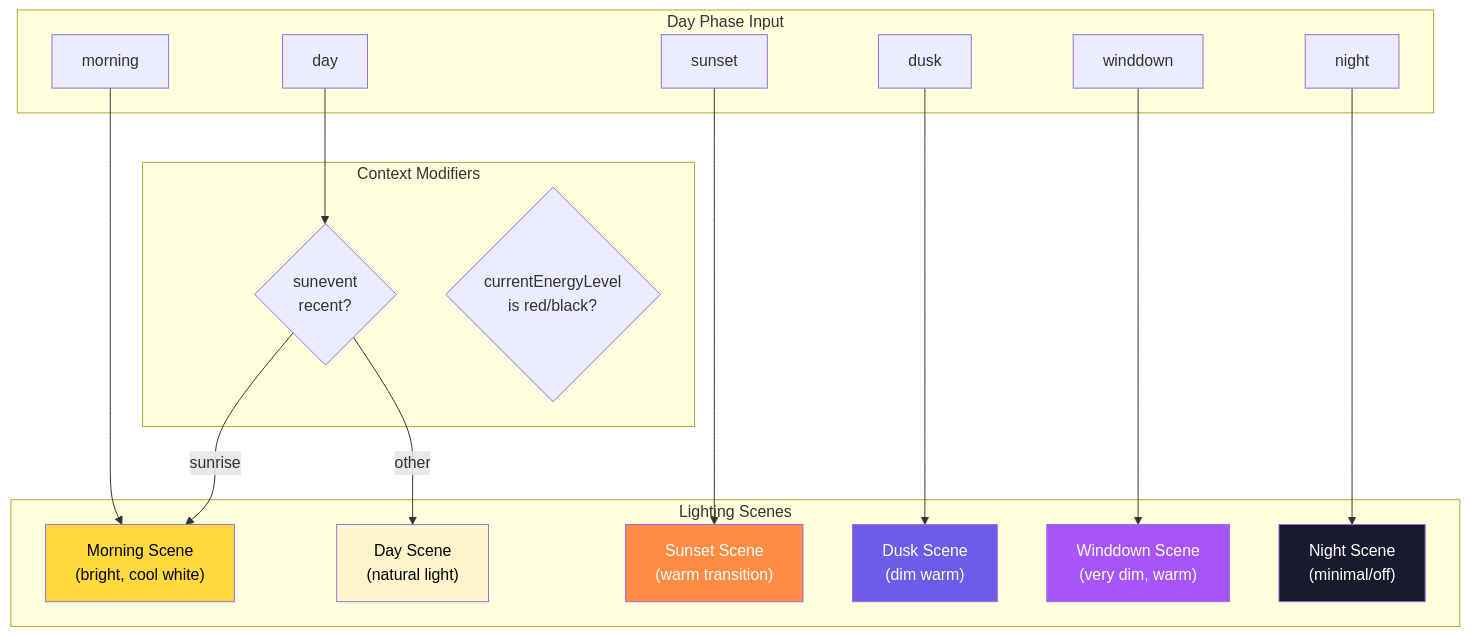
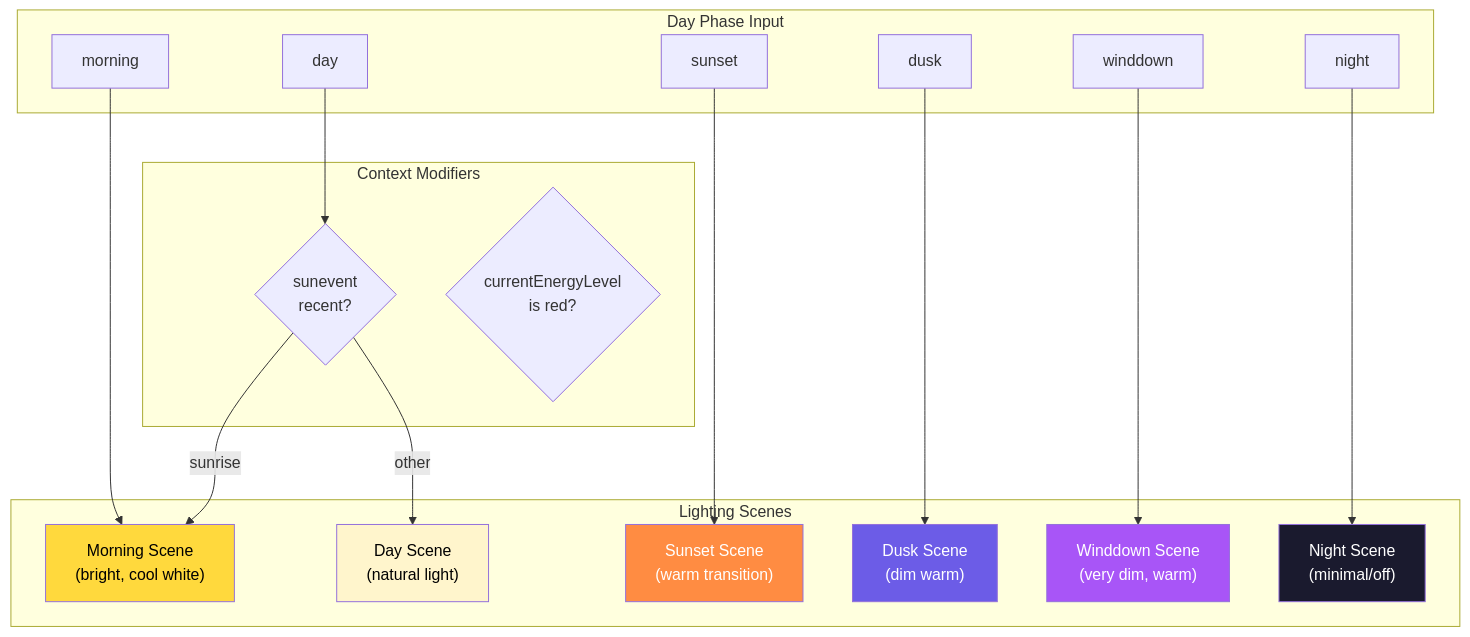
One commit to NickBorgers/home-automation changed the second of 7 diagrams in docs/flows/LIGHTING_CONTROL.md. Above: the diagram before and after it, drawn with Mermaid. The commit also changed 14 other files, not shown here.

````diff
--- a/docs/flows/LIGHTING_CONTROL.md
+++ b/docs/flows/LIGHTING_CONTROL.md
@@ -61,42 +61,42 @@
 ```mermaid
 flowchart TD
     subgraph DayPhase["Day Phase Input"]
         morning["morning"]
         day["day"]
         sunset["sunset"]
         dusk["dusk"]
         winddown["winddown"]
         night["night"]
     end
 
     subgraph Context["Context Modifiers"]
         sunEvent{"sunevent<br/>recent?"}
-        energy{"currentEnergyLevel<br/>is red/black?"}
+        energy{"currentEnergyLevel<br/>is red?"}
     end
 
     subgraph Scenes["Lighting Scenes"]
         S_morning["Morning Scene<br/>(bright, cool white)"]
         S_day["Day Scene<br/>(natural light)"]
         S_sunset["Sunset Scene<br/>(warm transition)"]
         S_dusk["Dusk Scene<br/>(dim warm)"]
         S_winddown["Winddown Scene<br/>(very dim, warm)"]
         S_night["Night Scene<br/>(minimal/off)"]
     end
 
     morning --> S_morning
     day --> sunEvent
     sunEvent -->|sunrise| S_morning
     sunEvent -->|other| S_day
 
     sunset --> S_sunset
     dusk --> S_dusk
     winddown --> S_winddown
     night --> S_night
 
     style S_morning fill:#ffd93d,color:#000
     style S_day fill:#fff5cc,color:#000
     style S_sunset fill:#ff8c42,color:#fff
     style S_dusk fill:#6c5ce7,color:#fff
     style S_winddown fill:#a855f7,color:#fff
     style S_night fill:#1a1a2e,color:#fff
 ```
````
